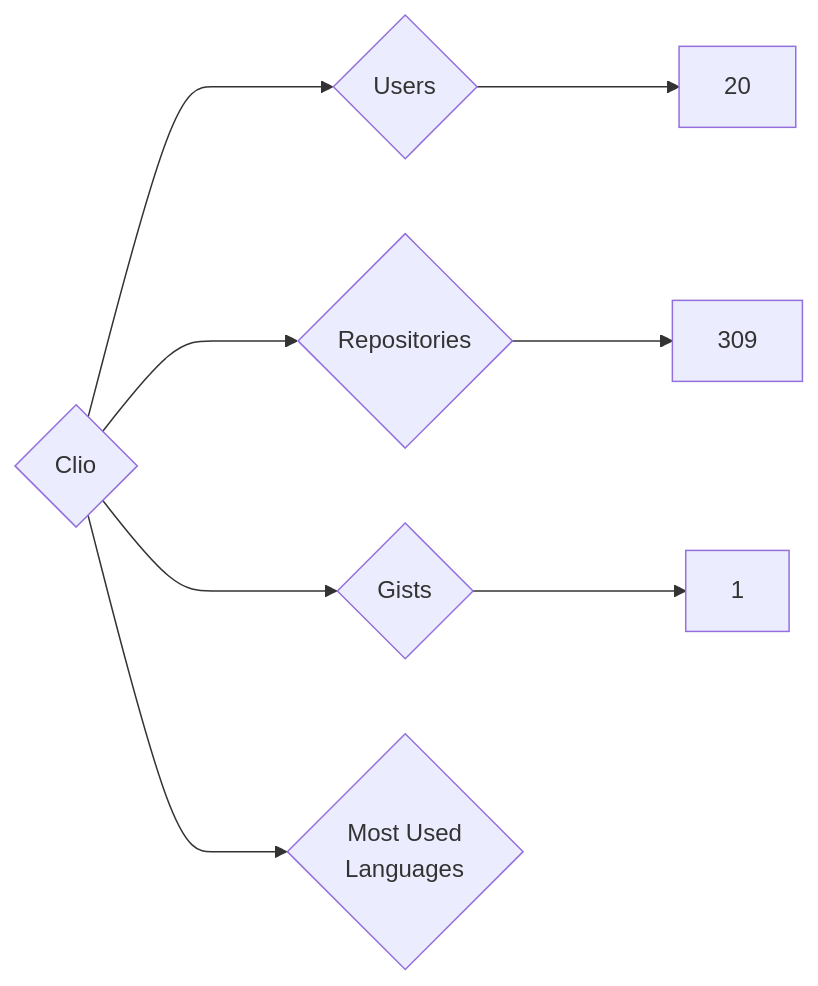
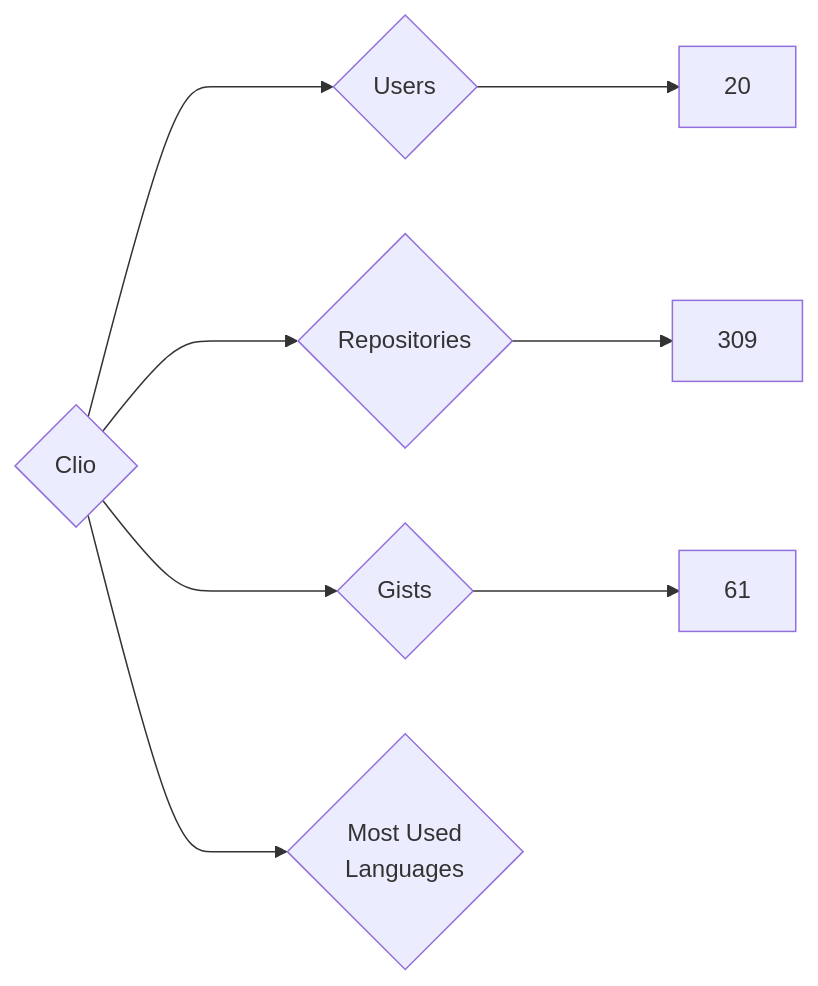
Before and after one commit to nenadzaric/insiders: the diagram in targets/Clio/README.md, drawn with Mermaid. The commit also changed 1342 other files, not shown here.

````diff
--- a/targets/Clio/README.md
+++ b/targets/Clio/README.md
@@ -3,8 +3,8 @@
 ```mermaid
 graph LR
 COMPANY_NAME{Clio}
 COMPANY_NAME ---> U{Users} ---> UN[20]
 COMPANY_NAME ---> R{Repositories} ---> RN[309]
-COMPANY_NAME ---> G{Gists} ---> GN[1]
+COMPANY_NAME ---> G{Gists} ---> GN[61]
 COMPANY_NAME ---> ML{Most Used<br>Languages}
 ```
````
